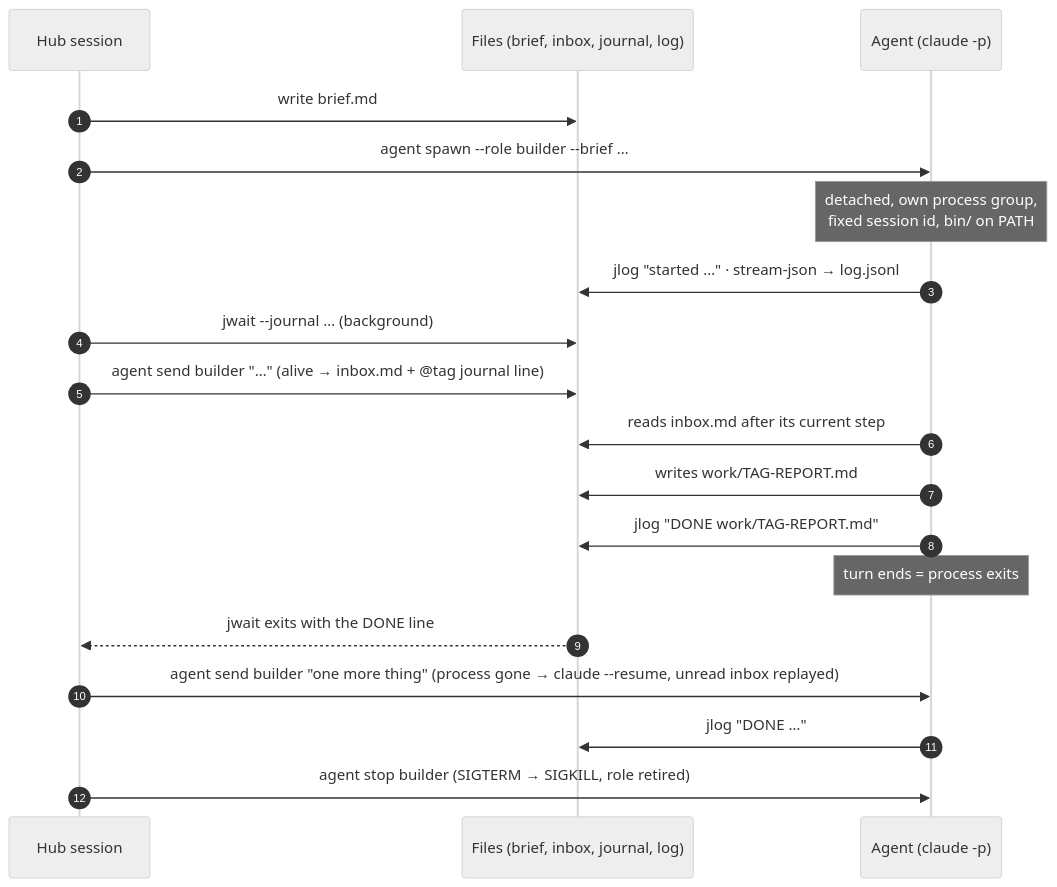
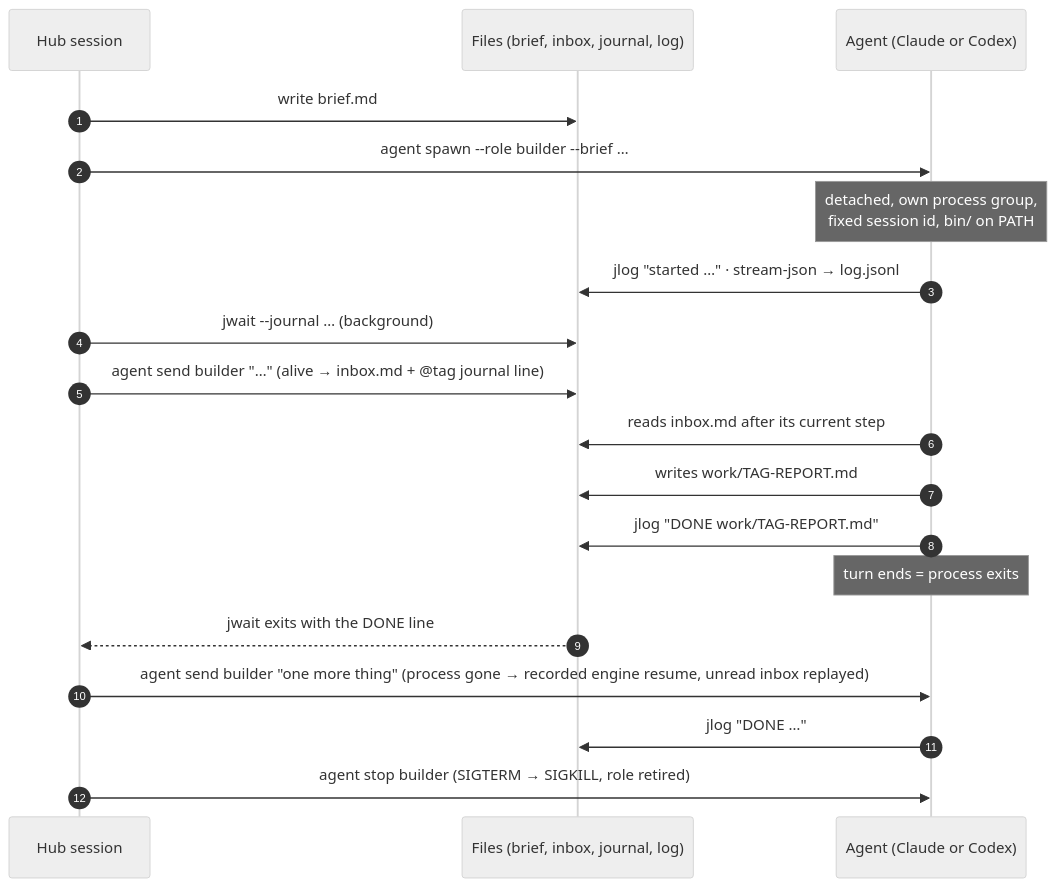
One commit to ilya-kozyrev/claude-agent-hub changed the second of 3 diagrams in README.md. Above: the diagram before and after it, drawn with Mermaid (neutral theme). The commit also changed other lines of this file and 13 other files, not shown here.

````diff
--- a/README.md
+++ b/README.md
@@ -316,21 +336,21 @@
 ```mermaid
 sequenceDiagram
     autonumber
     participant H as Hub session
     participant F as Files (brief, inbox, journal, log)
-    participant A as Agent (claude -p)
+    participant A as Agent (Claude or Codex)
     H->>F: write brief.md
     H->>A: agent spawn --role builder --brief …
     Note over A: detached, own process group,<br/>fixed session id, bin/ on PATH
     A->>F: jlog "started …" · stream-json → log.jsonl
     H->>F: jwait --journal … (background)
     H->>F: agent send builder "…" (alive → inbox.md + @tag journal line)
     A->>F: reads inbox.md after its current step
     A->>F: writes work/TAG-REPORT.md
     A->>F: jlog "DONE work/TAG-REPORT.md"
     Note over A: turn ends = process exits
     F-->>H: jwait exits with the DONE line
-    H->>A: agent send builder "one more thing" (process gone → claude --resume, unread inbox replayed)
+    H->>A: agent send builder "one more thing" (process gone → recorded engine resume, unread inbox replayed)
     A->>F: jlog "DONE …"
     H->>A: agent stop builder (SIGTERM → SIGKILL, role retired)
 ```
````
